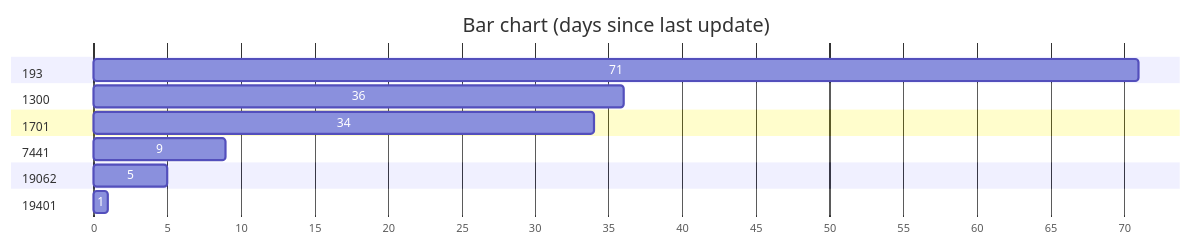
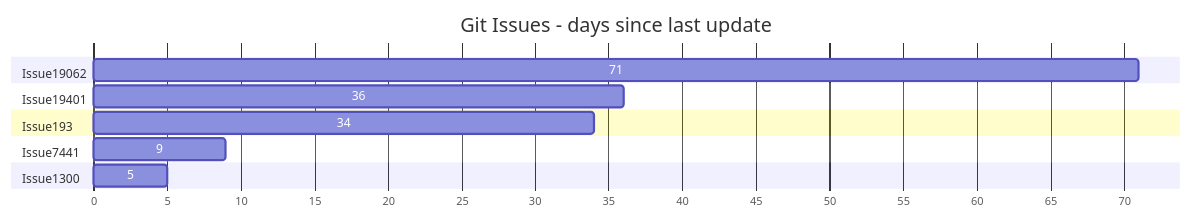
One commit to mermaid-js/mermaid changed the seventh of 9 diagrams in README.md. Above: the diagram before and after it, drawn with Mermaid. The commit also changed other lines of this file, not shown here.

Commit message:
updated labels in the chart

````diff
--- a/README.md
+++ b/README.md
@@ -251,19 +249,17 @@
 ```mermaid
 gantt
-    title Bar chart (days since last update)
+    title Git Issues - days since last update
     dateFormat  X
     axisFormat %s
 
-    section 19062
+    section Issue19062
     71   : 0, 71
-    section 19401
+    section Issue19401
     36   : 0, 36
-    section 193
+    section Issue193
     34   : 0, 34
-    section 7441
+    section Issue7441
     9    : 0, 9
-    section 1300
+    section Issue1300
     5    : 0, 5
-    section 1701
-    1    : 0, 1
 ```
````
